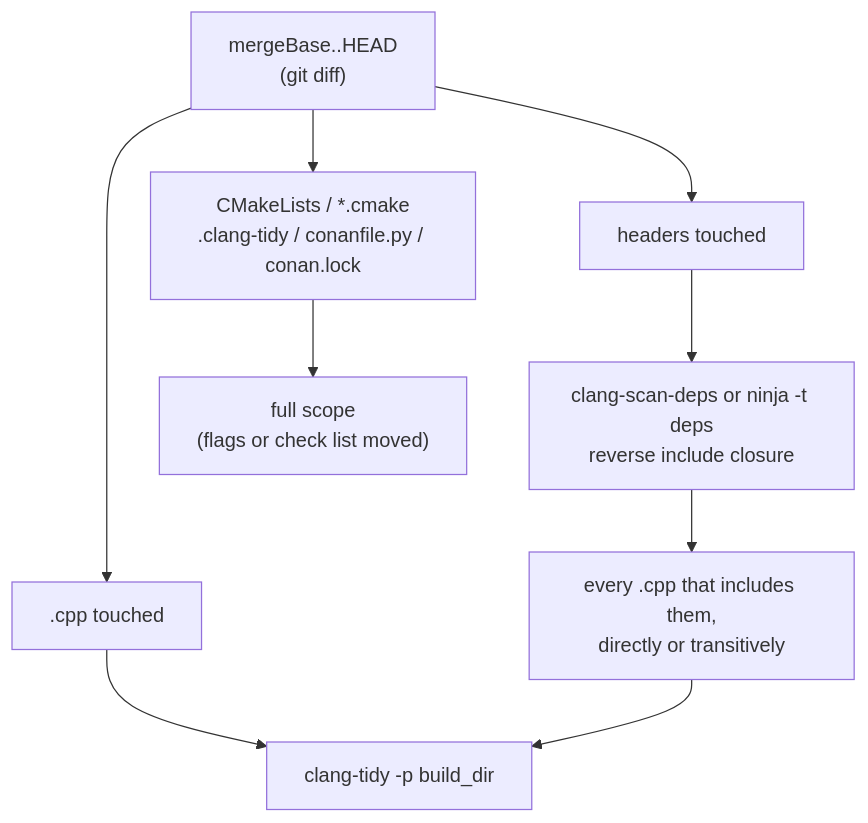
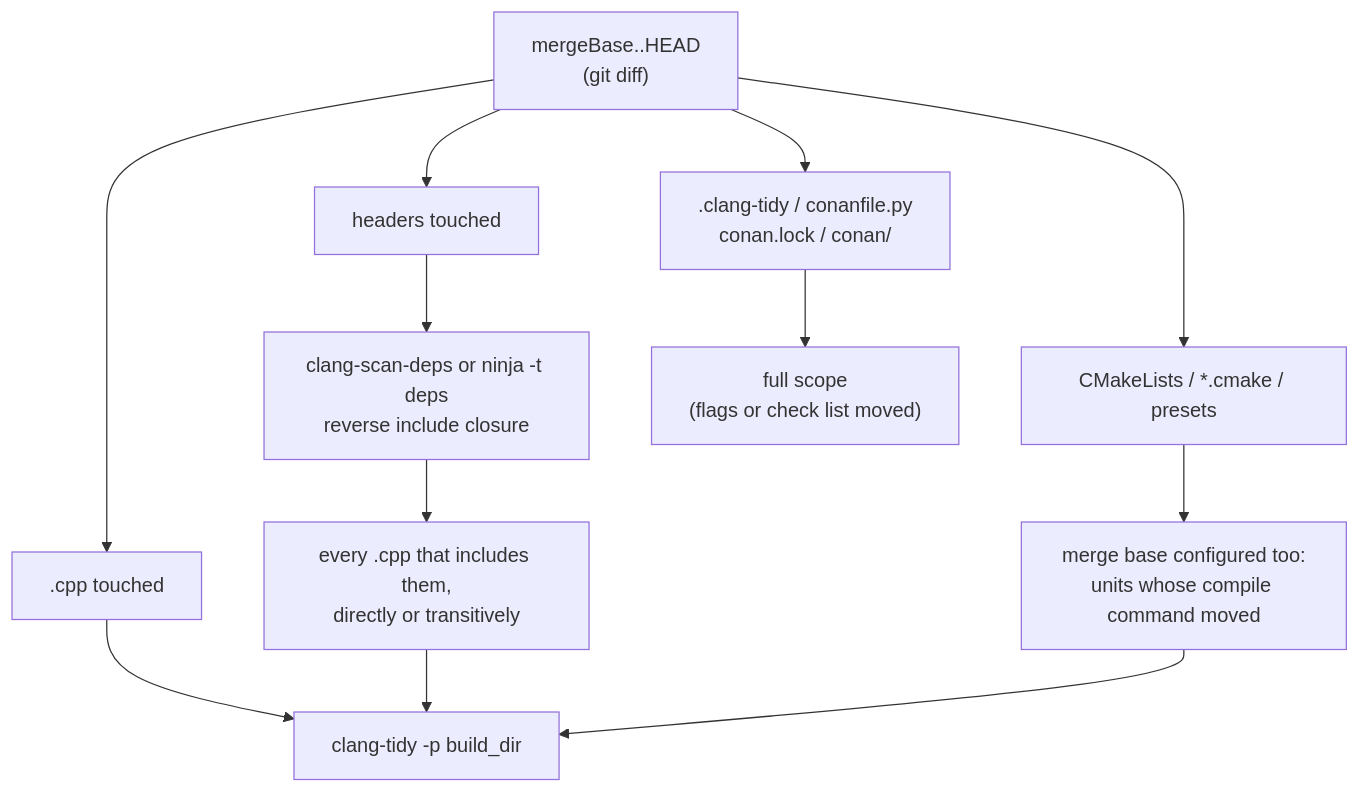
One commit to Silmaen/Owl changed the third of 3 diagrams in doc/pages/continuous_integration.md. Above: the diagram before and after it, drawn with Mermaid. The commit also changed other lines of this file and 4 other files, not shown here.

Commit message:
Scope Clang-Tidy on CMake changes by comparing the merge base compile commands

````diff
--- a/doc/pages/continuous_integration.md
+++ b/doc/pages/continuous_integration.md
@@ -466,11 +466,14 @@
 ```mermaid
 flowchart TD
     MB["mergeBase..HEAD<br/>(git diff)"] --> CPP[".cpp touched"]
     MB --> HDR["headers touched"]
-    MB --> CFG["CMakeLists / *.cmake<br/>.clang-tidy / conanfile.py / conan.lock"]
+    MB --> CMK["CMakeLists / *.cmake / presets"]
+    CMK --> CMP["merge base configured too:<br/>units whose compile command moved"]
+    MB --> CFG[".clang-tidy / conanfile.py<br/>conan.lock / conan/"]
     HDR --> DEPS["clang-scan-deps or ninja -t deps<br/>reverse include closure"]
     DEPS --> TU["every .cpp that includes them,<br/>directly or transitively"]
     CPP --> RUN["clang-tidy -p build_dir"]
     TU --> RUN
+    CMP --> RUN
     CFG --> FULL["full scope<br/>(flags or check list moved)"]
 ```
````
